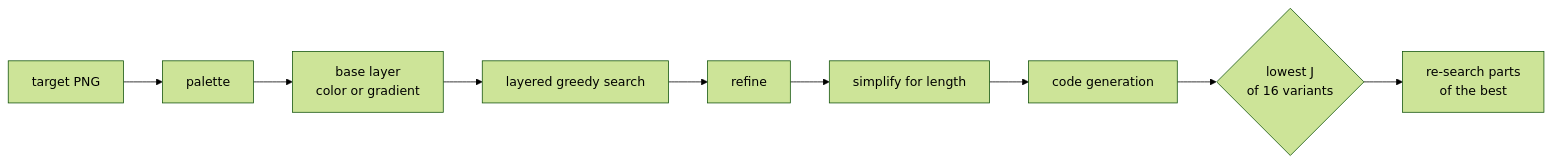
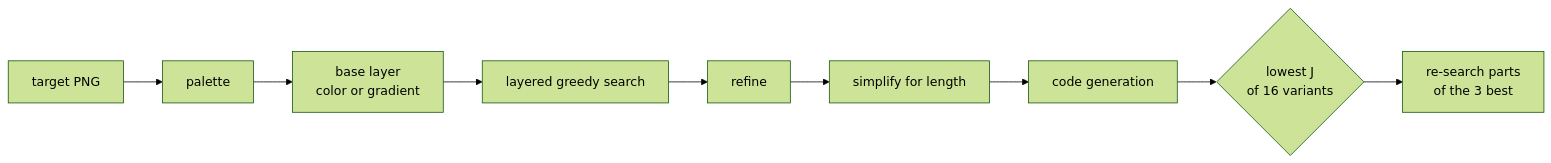
One commit to fMindstormer/cssynth changed the diagram in README.md. Above: the diagram before and after it, drawn with Mermaid (forest theme). The commit also changed other lines of this file and 8 other files, not shown here.

First line of the commit message:
Re-search the 3 best results by default

````diff
--- a/README.md
+++ b/README.md
@@ -153,11 +153,11 @@
 ```mermaid
 flowchart LR
     A[target PNG] --> B[palette]
     B --> C[base layer<br>color or gradient]
     C --> D[layered greedy search]
     D --> E[refine]
     E --> F[simplify for length]
     F --> G[code generation]
     G --> H{lowest J<br>of 16 variants}
-    H --> I[re-search parts<br>of the best]
+    H --> I[re-search parts<br>of the 3 best]
 ```
````
